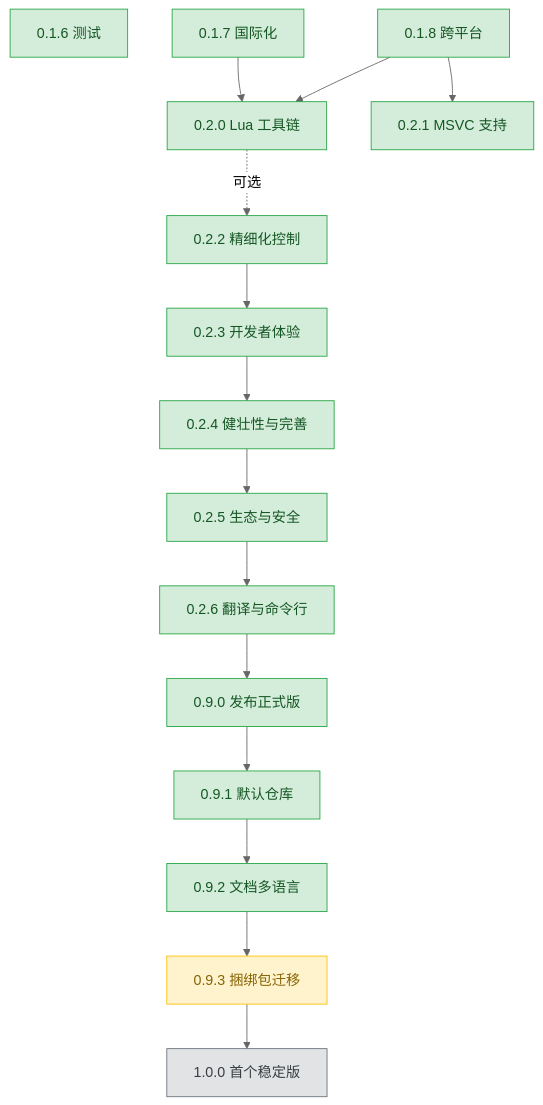
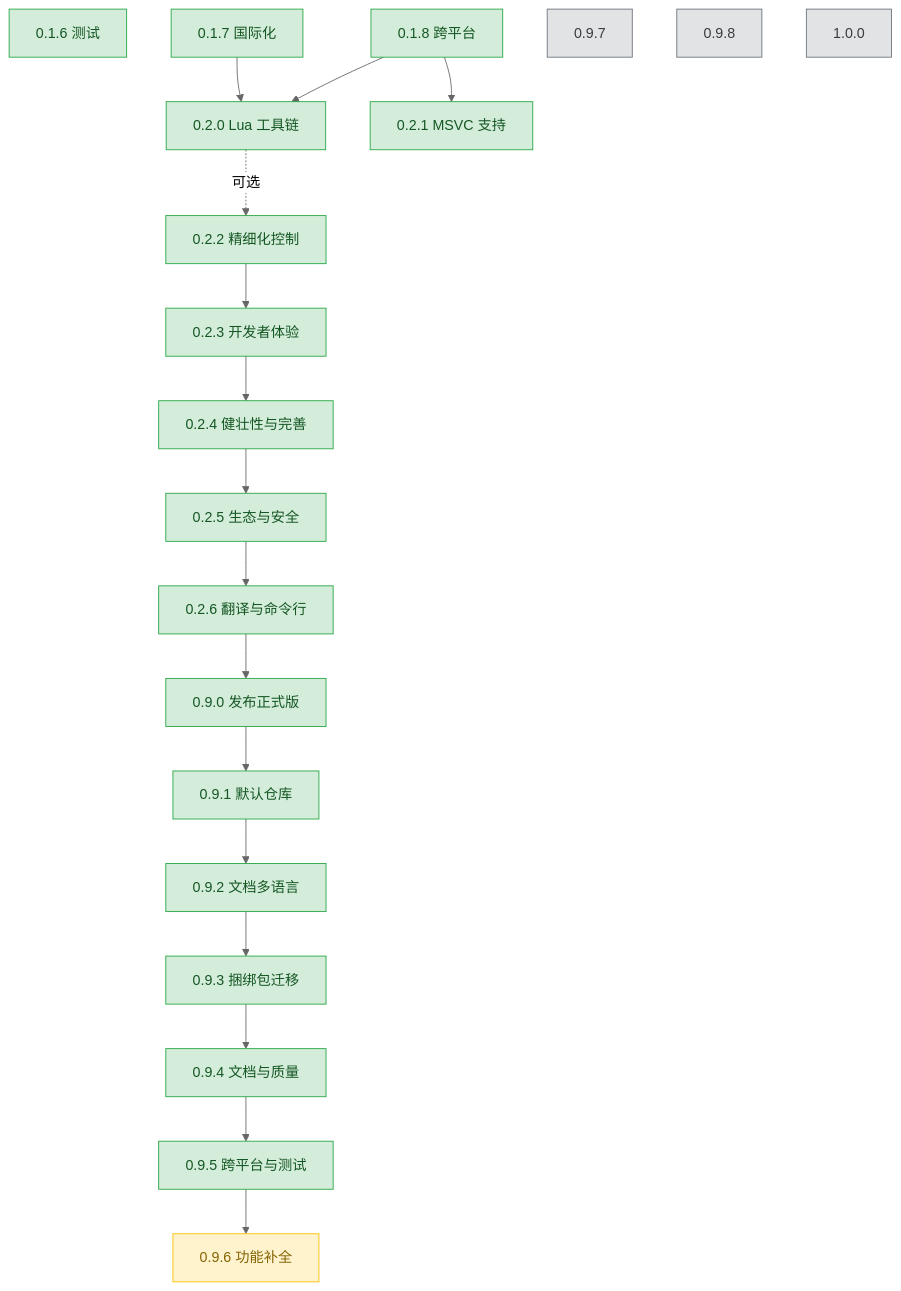
Before and after one commit to 3667808244/EazyMake: the diagram in plans/README.md, drawn with Mermaid (neutral theme). The commit also changed other lines of this file and 14 other files, not shown here.

````diff
--- a/plans/README.md
+++ b/plans/README.md
@@ -56,40 +65,47 @@
 ```mermaid
 graph TD
     v016["0.1.6 测试"]
     v017["0.1.7 国际化"]
     v018["0.1.8 跨平台"]
     v020["0.2.0 Lua 工具链"]
     v021["0.2.1 MSVC 支持"]
     v022["0.2.2 精细化控制"]
     v023["0.2.3 开发者体验"]
     v024["0.2.4 健壮性与完善"]
     v025["0.2.5 生态与安全"]
     v026["0.2.6 翻译与命令行"]
     v090["0.9.0 发布正式版"]
     v091["0.9.1 默认仓库"]
     v092["0.9.2 文档多语言"]
     v093["0.9.3 捆绑包迁移"]
-    v100["1.0.0 首个稳定版"]
+    v094["0.9.4 文档与质量"]
+    v095["0.9.5 跨平台与测试"]
+    v096["0.9.6 功能补全"]
+    v097["0.9.7"]
+    v098["0.9.8"]
+    v100["1.0.0"]
 
     v018 --> v021
     v017 --> v020
     v018 --> v020
     v020 -.可选.-> v022
     v022 --> v023
     v023 --> v024
     v024 --> v025
     v025 --> v026
     v026 --> v090
     v090 --> v091
     v091 --> v092
     v092 --> v093
-    v093 --> v100
+    v093 --> v094
+    v094 --> v095
+    v095 --> v096
 
     classDef done fill:#d4edda,stroke:#28a745,color:#155724;
     classDef active fill:#fff3cd,stroke:#ffc107,color:#856404;
     classDef todo fill:#e2e3e5,stroke:#6c757d,color:#383d41;
 
-    class v016,v017,v018,v020,v021,v022,v023,v024,v025,v026,v090,v091,v092 done;
-    class v093 active;
-    class v100 todo;
+    class v016,v017,v018,v020,v021,v022,v023,v024,v025,v026,v090,v091,v092,v093,v094,v095 done;
+    class v096 active;
+    class v097,v098,v099,v100 todo;
 ```
````
